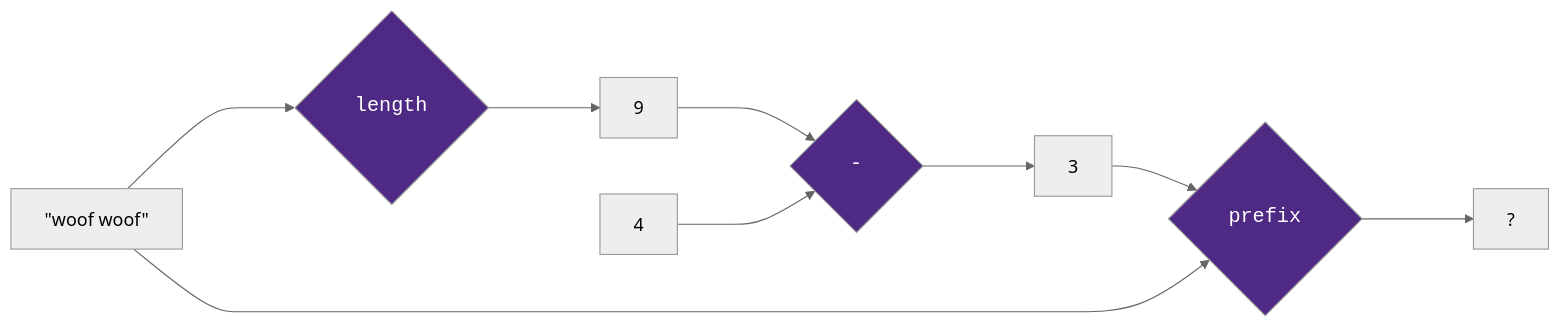
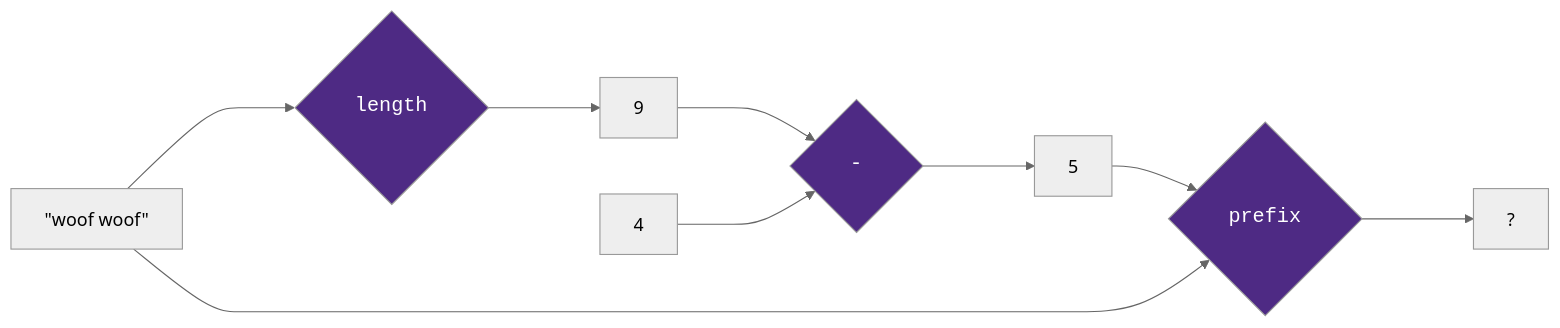
One commit to bain-cs111/bain-cs111.github.io changed the diagram in assets/diagrams/dataflow_error2.mmd. Above: the diagram before and after it, drawn with Mermaid. The commit also changed 30 other files, not shown here.

```diff
--- a/assets/diagrams/dataflow_error2.mmd
+++ b/assets/diagrams/dataflow_error2.mmd
@@ -1,19 +1,19 @@
 %%{init: {"theme": "neutral", "logLevel": 1 }}%%
 
 graph LR
     FIRST["&quot;woof woof&quot;"]--->A{<br><font face=courier size=4 color=white>length<br>&nbsp}
     A ---> Output1[9]
     Output1 ---> B{<br><font face=courier size=4 color=white>-<br>&nbsp}
     SECOND[4]--->B
-    B ---> Output2[3]
+    B ---> Output2[5]
 
 
 
     Output2 --> C{<br><font face=courier size=4 color=white>prefix<br>&nbsp}
     FIRST ---> C
-    
+
     C ---> Output3[?]
 
     style A fill:#4E2A84
     style B fill:#4E2A84
     style C fill:#4E2A84
```
